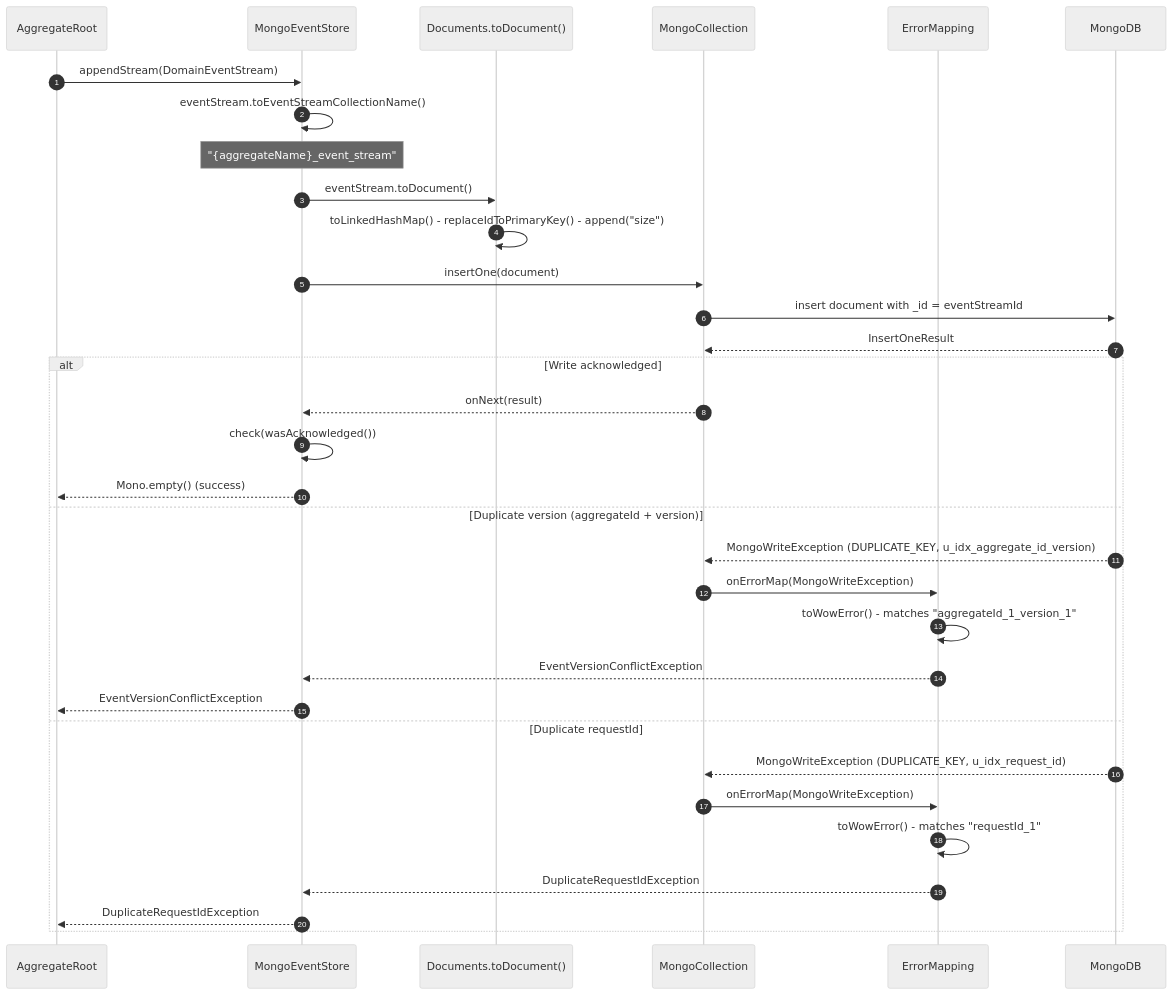
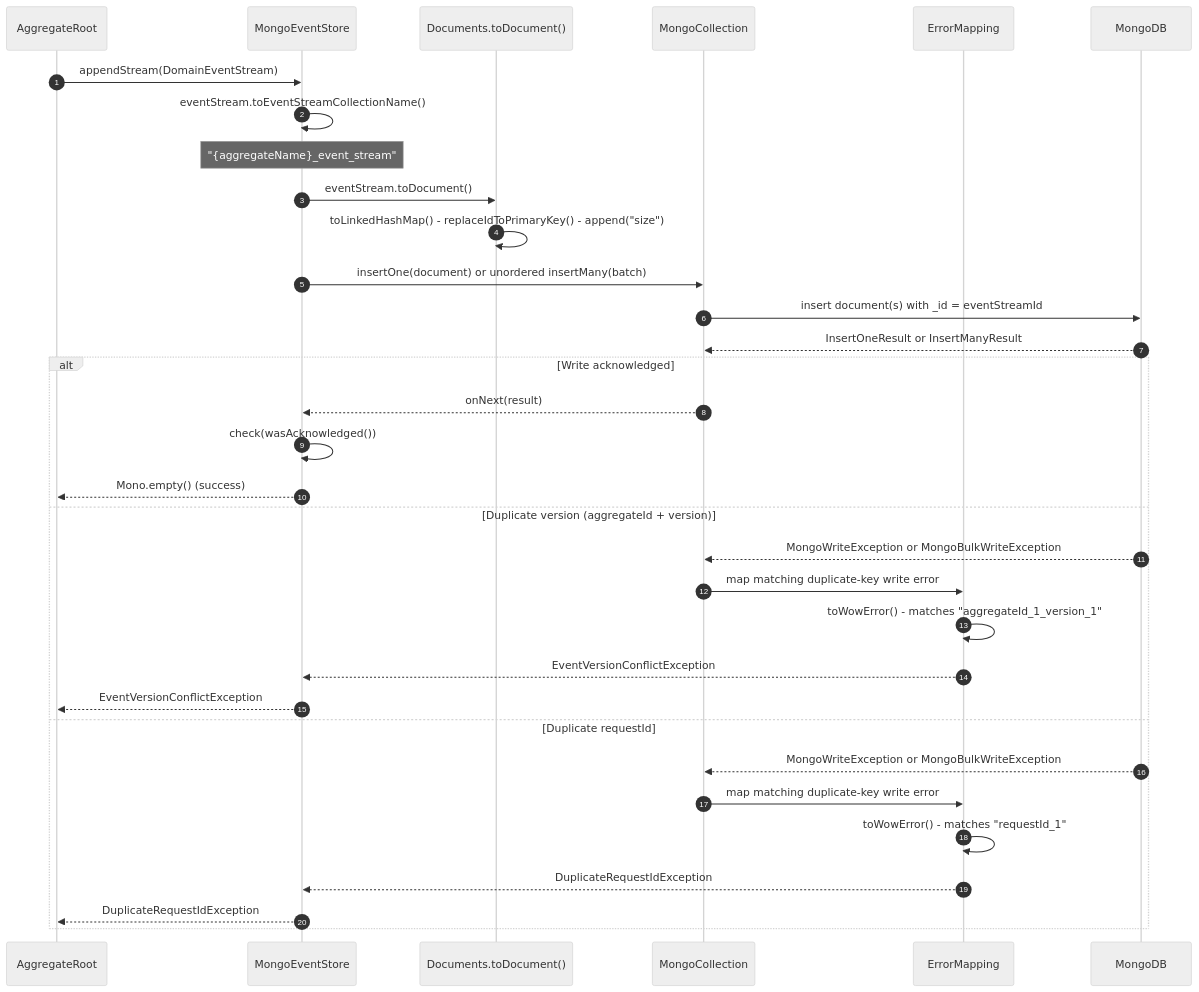
Before and after one commit to Ahoo-Wang/Wow: the second of 3 diagrams in documentation/docs/en/guide/extensions/mongo.md, drawn with Mermaid (neutral theme). The commit also changed other lines of this file and 133 other files, not shown here.

````diff
--- a/documentation/docs/en/guide/extensions/mongo.md
+++ b/documentation/docs/en/guide/extensions/mongo.md
@@ -115,38 +115,38 @@
 ```mermaid
 sequenceDiagram
     autonumber
     participant AR as AggregateRoot
     participant ES as MongoEventStore
     participant Doc as Documents.toDocument()
     participant Coll as MongoCollection
     participant Err as ErrorMapping
     participant DB as MongoDB
 
     AR->>ES: appendStream(DomainEventStream)
     ES->>ES: eventStream.toEventStreamCollectionName()
     Note over ES: "{aggregateName}_event_stream"
     ES->>Doc: eventStream.toDocument()
     Doc->>Doc: toLinkedHashMap() - replaceIdToPrimaryKey() - append("size")
 
-    ES->>Coll: insertOne(document)
-    Coll->>DB: insert document with _id = eventStreamId
-    DB-->>Coll: InsertOneResult
+    ES->>Coll: insertOne(document) or unordered insertMany(batch)
+    Coll->>DB: insert document(s) with _id = eventStreamId
+    DB-->>Coll: InsertOneResult or InsertManyResult
 
     alt Write acknowledged
         Coll-->>ES: onNext(result)
         ES->>ES: check(wasAcknowledged())
         ES-->>AR: Mono.empty() (success)
     else Duplicate version (aggregateId + version)
-        DB-->>Coll: MongoWriteException (DUPLICATE_KEY, u_idx_aggregate_id_version)
-        Coll->>Err: onErrorMap(MongoWriteException)
+        DB-->>Coll: MongoWriteException or MongoBulkWriteException
+        Coll->>Err: map matching duplicate-key write error
         Err->>Err: toWowError() - matches "aggregateId_1_version_1"
         Err-->>ES: EventVersionConflictException
         ES-->>AR: EventVersionConflictException
     else Duplicate requestId
-        DB-->>Coll: MongoWriteException (DUPLICATE_KEY, u_idx_request_id)
-        Coll->>Err: onErrorMap(MongoWriteException)
+        DB-->>Coll: MongoWriteException or MongoBulkWriteException
+        Coll->>Err: map matching duplicate-key write error
         Err->>Err: toWowError() - matches "requestId_1"
         Err-->>ES: DuplicateRequestIdException
         ES-->>AR: DuplicateRequestIdException
     end
 ```
````
